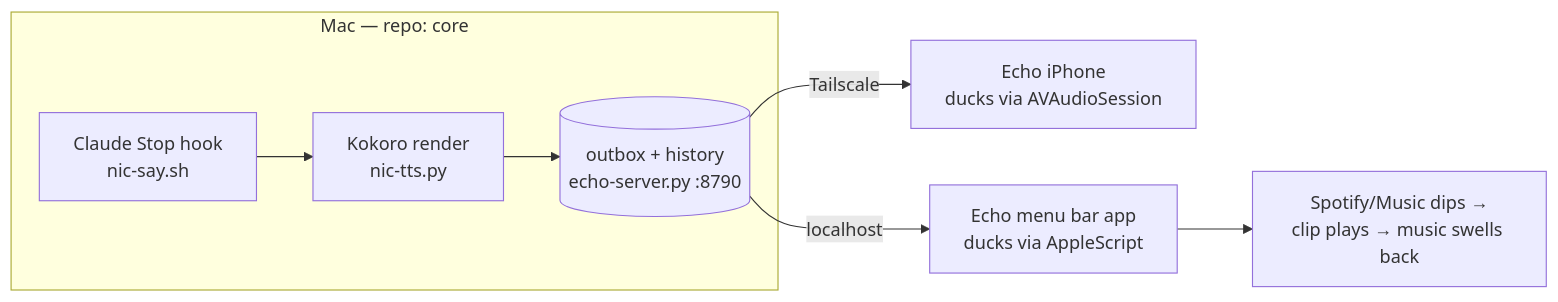
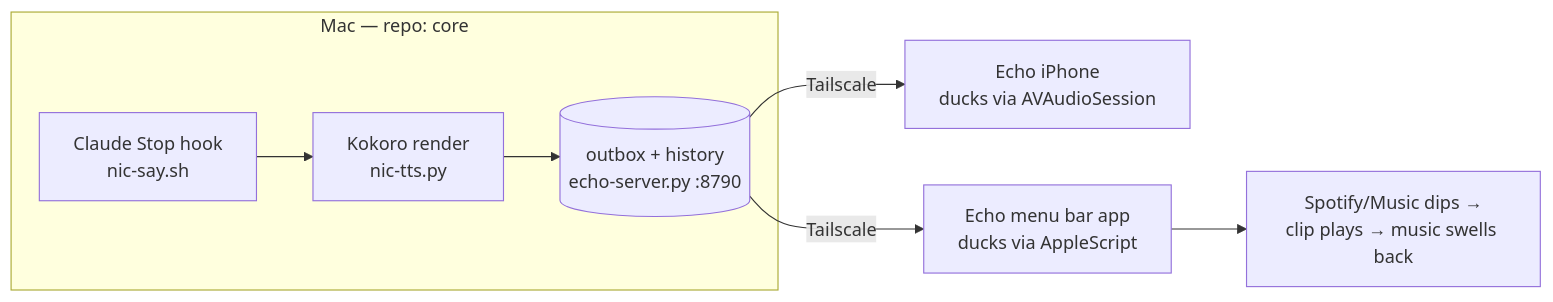
Before and after one commit to rannyeribatista/echo: the diagram in docs/desktop-design.md, drawn with Mermaid. The commit also changed other lines of this file, not shown here.

First line of the commit message:
docs: EchoMac reaches the server over Tailscale, not 127.0.0.1

````diff
--- a/docs/desktop-design.md
+++ b/docs/desktop-design.md
@@ -33,10 +33,10 @@
 ```mermaid
 flowchart LR
   subgraph Mac["Mac — repo: core"]
     H[Claude Stop hook<br/>nic-say.sh] --> K[Kokoro render<br/>nic-tts.py]
     K --> O[(outbox + history<br/>echo-server.py :8790)]
   end
   O -->|Tailscale| P["Echo iPhone<br/>ducks via AVAudioSession"]
-  O -->|localhost| M["Echo menu bar app<br/>ducks via AppleScript"]
+  O -->|Tailscale| M["Echo menu bar app<br/>ducks via AppleScript"]
   M --> D["Spotify/Music dips →<br/>clip plays → music swells back"]
 ```
````
